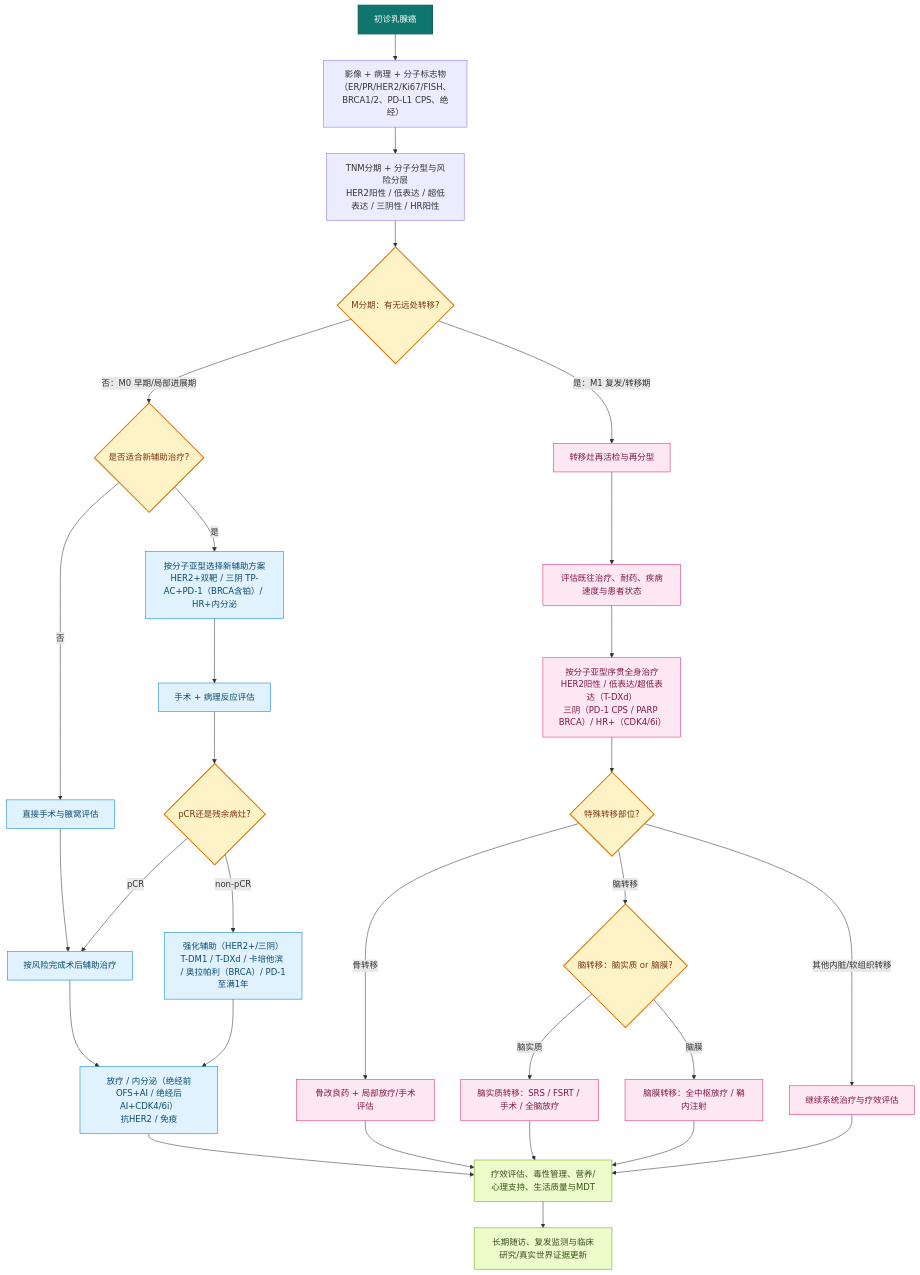
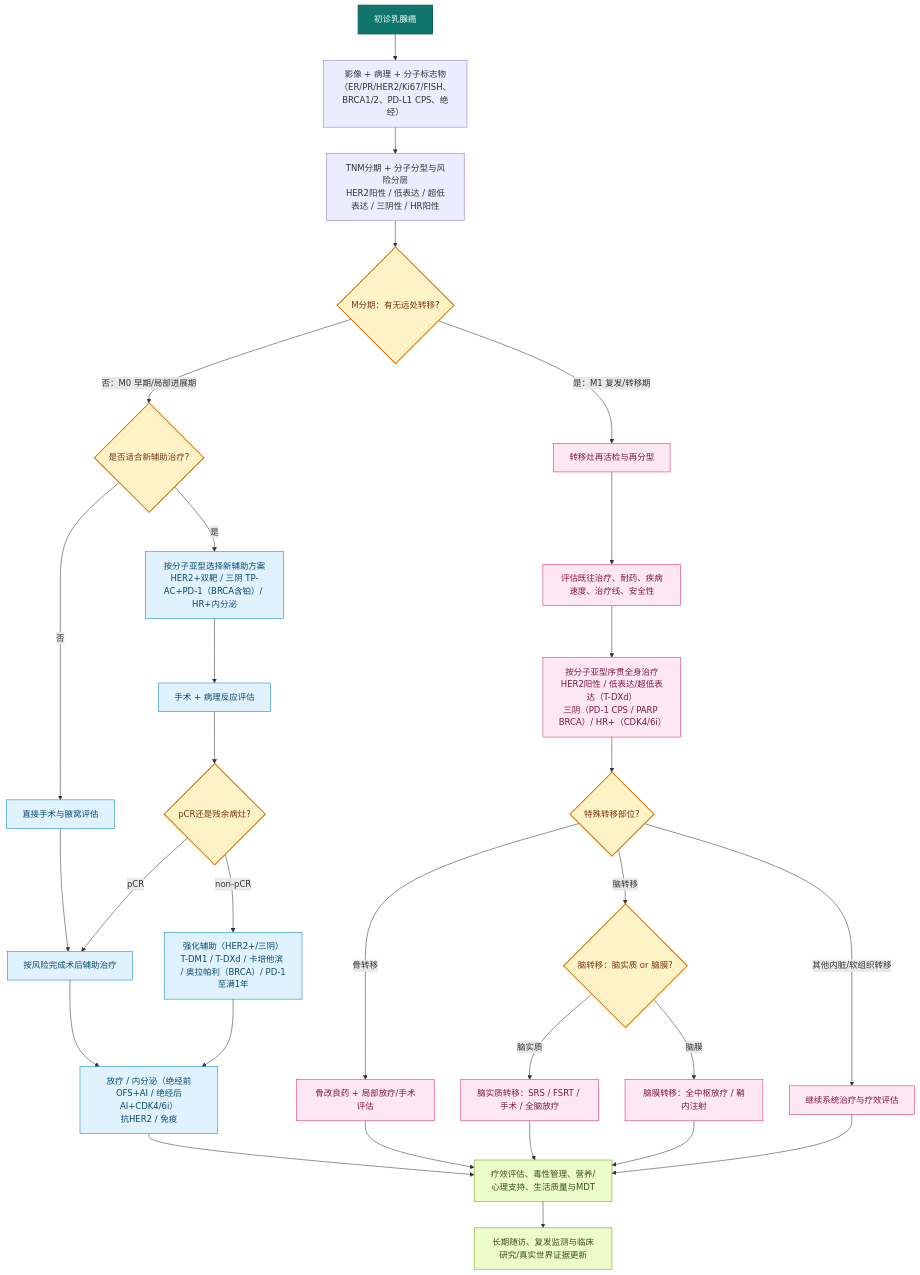
Before and after one commit to dongjb741280/breast-cancer: the diagram in diagrams/breast-cancer-treatment-decision-chain.mmd, drawn with Mermaid. The commit also changed 24 other files, not shown here.

```diff
--- a/diagrams/breast-cancer-treatment-decision-chain.mmd
+++ b/diagrams/breast-cancer-treatment-decision-chain.mmd
@@ -1,45 +1,45 @@
 %% 乳腺癌诊疗决策链（高层结构图）
 %% 范围：常见乳腺癌主线；未含年轻乳腺癌、男性乳腺癌及恶性叶状肿瘤（见指南第八/九/十章）
 graph TD
     A[初诊乳腺癌] --> B[影像 + 病理 + 分子标志物<br/>（ER/PR/HER2/Ki67/FISH、BRCA1/2、PD-L1 CPS、绝经）]
     B --> C[TNM分期 + 分子分型与风险分层<br/>HER2阳性 / 低表达 / 超低表达 / 三阴性 / HR阳性]
     C --> D{M分期：有无远处转移?}
 
     D -->|否：M0 早期/局部进展期| E{是否适合新辅助治疗?}
     E -->|是| F[按分子亚型选择新辅助方案<br/>HER2+双靶 / 三阴 TP-AC+PD-1（BRCA含铂）/ HR+内分泌]
     E -->|否| G[直接手术与腋窝评估]
     F --> H[手术 + 病理反应评估]
     G --> J[按风险完成术后辅助治疗]
     H --> I{pCR还是残余病灶?}
     I -->|pCR| J[按风险完成术后辅助治疗]
     I -->|non-pCR| K[强化辅助（HER2+/三阴）<br/>T-DM1 / T-DXd / 卡培他滨 / 奥拉帕利（BRCA）/ PD-1至满1年]
     J --> L[放疗 / 内分泌（绝经前OFS+AI / 绝经后AI+CDK4/6i）<br/>抗HER2 / 免疫]
     K --> L
 
     D -->|是：M1 复发/转移期| M[转移灶再活检与再分型]
-    M --> N[评估既往治疗、耐药、疾病速度与患者状态]
+    M --> N[评估既往治疗、耐药、疾病速度、治疗线、安全性]
     N --> O[按分子亚型序贯全身治疗<br/>HER2阳性 / 低表达/超低表达（T-DXd）<br/>三阴（PD-1 CPS / PARP BRCA）/ HR+（CDK4/6i）]
     O --> P{特殊转移部位?}
     P -->|骨转移| Q[骨改良药 + 局部放疗/手术评估]
     P -->|脑转移| R{脑转移：脑实质 or 脑膜?}
     P -->|其他内脏/软组织转移| S[继续系统治疗与疗效评估]
     R -->|脑实质| R1[脑实质转移：SRS / FSRT / 手术 / 全脑放疗]
     R -->|脑膜| R2[脑膜转移：全中枢放疗 / 鞘内注射]
 
     L --> T[疗效评估、毒性管理、营养/心理支持、生活质量与MDT]
     Q --> T
     R1 --> T
     R2 --> T
     S --> T
     T --> U[长期随访、复发监测与临床研究/真实世界证据更新]
 
     classDef start fill:#0f766e,stroke:#115e59,color:#fff,stroke-width:2px;
     classDef decision fill:#fef3c7,stroke:#d97706,color:#78350f,stroke-width:2px;
     classDef early fill:#e0f2fe,stroke:#0284c7,color:#0c4a6e;
     classDef advanced fill:#fce7f3,stroke:#db2777,color:#831843;
     classDef support fill:#ecfccb,stroke:#65a30d,color:#365314;
     class A start;
     class D,E,I,P,R decision;
     class F,G,H,J,K,L early;
     class M,N,O,Q,R1,R2,S advanced;
     class T,U support;
```
